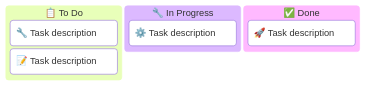
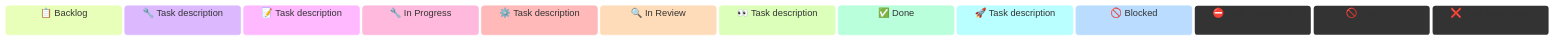
Before and after one commit to blazintrailssarah/agent-project: the second of 3 diagrams in agentic/mermaid_diagrams/kanban.md, drawn with Mermaid. The commit also changed other lines of this file and 5 other files, not shown here.

````diff
--- a/agentic/mermaid_diagrams/kanban.md
+++ b/agentic/mermaid_diagrams/kanban.md
@@ -54,12 +56,21 @@
 ```mermaid
 kanban
-    col1["📋 To Do"]
-        item1["🔧 Task description"]
-        item2["📝 Task description"]
+col1["📋 Backlog"]
+item1["🔧 Task description"]
+item2["📝 Task description"]
 
-    col2["🔧 In Progress"]
-        item3["⚙️ Task description"]
+col2["🔧 In Progress"]
+item3["⚙️ Task description"]
 
-    col3["✅ Done"]
-        item4["🚀 Task description"]
+col3["🔍 In Review"]
+item4["👀 Task description"]
+
+col4["✅ Done"]
+item5["🚀 Task description"]
+
+col5["🚫 Blocked"]
+item6["⛔ Task description"]
+
+col6["🚫 Won't Do"]
+item7["❌ Task description"]
 ```
````
